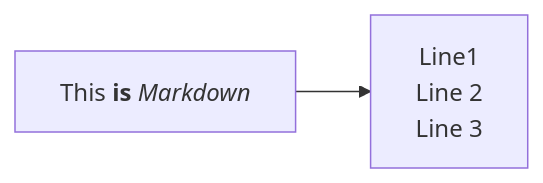
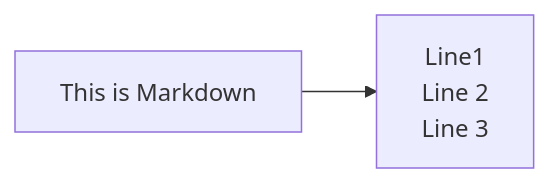
One commit to notkasim/DOCS changed the fourth of 4 diagrams in Topology.md. Above: the diagram before and after it, drawn with Mermaid.

````diff
--- a/Topology.md
+++ b/Topology.md
@@ -27,8 +27,8 @@
 ```mermaid
 flowchart LR;
-    markdown["`This **is** _Markdown_`"]
+    markdown[This is Markdown]
     newLines["`Line1
     Line 2
     Line 3`"]
     markdown --> newLines
 ```
````
